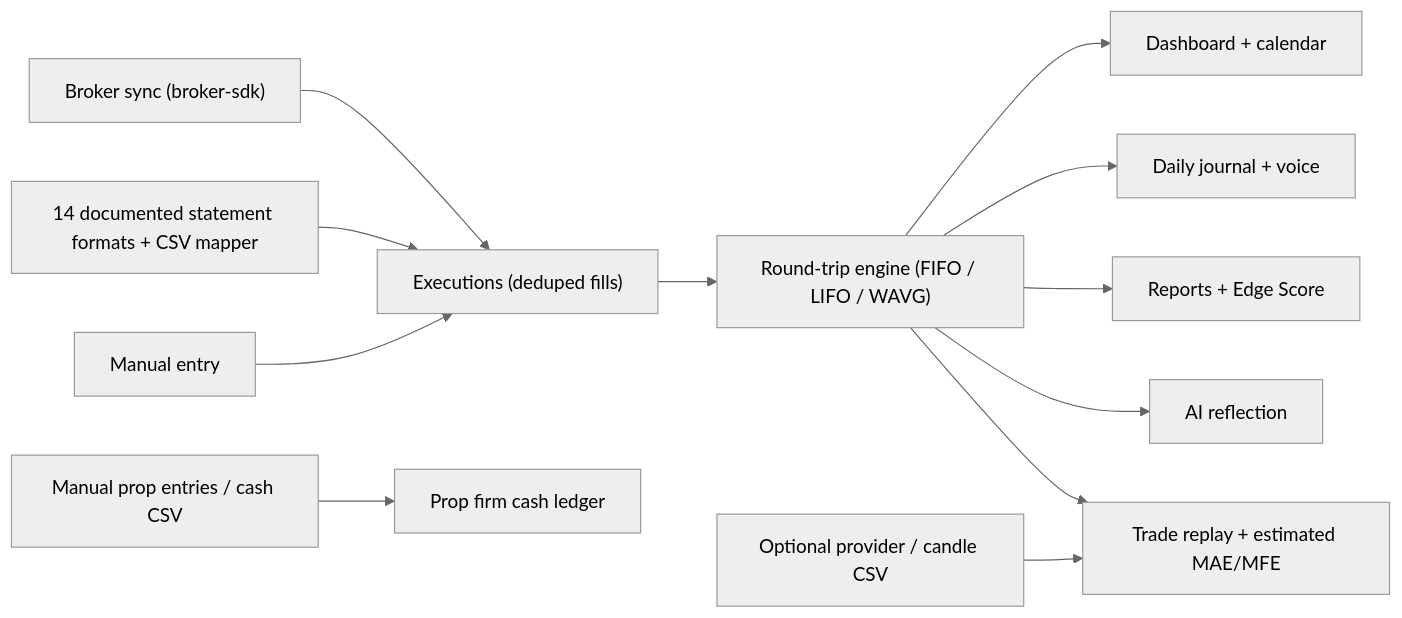
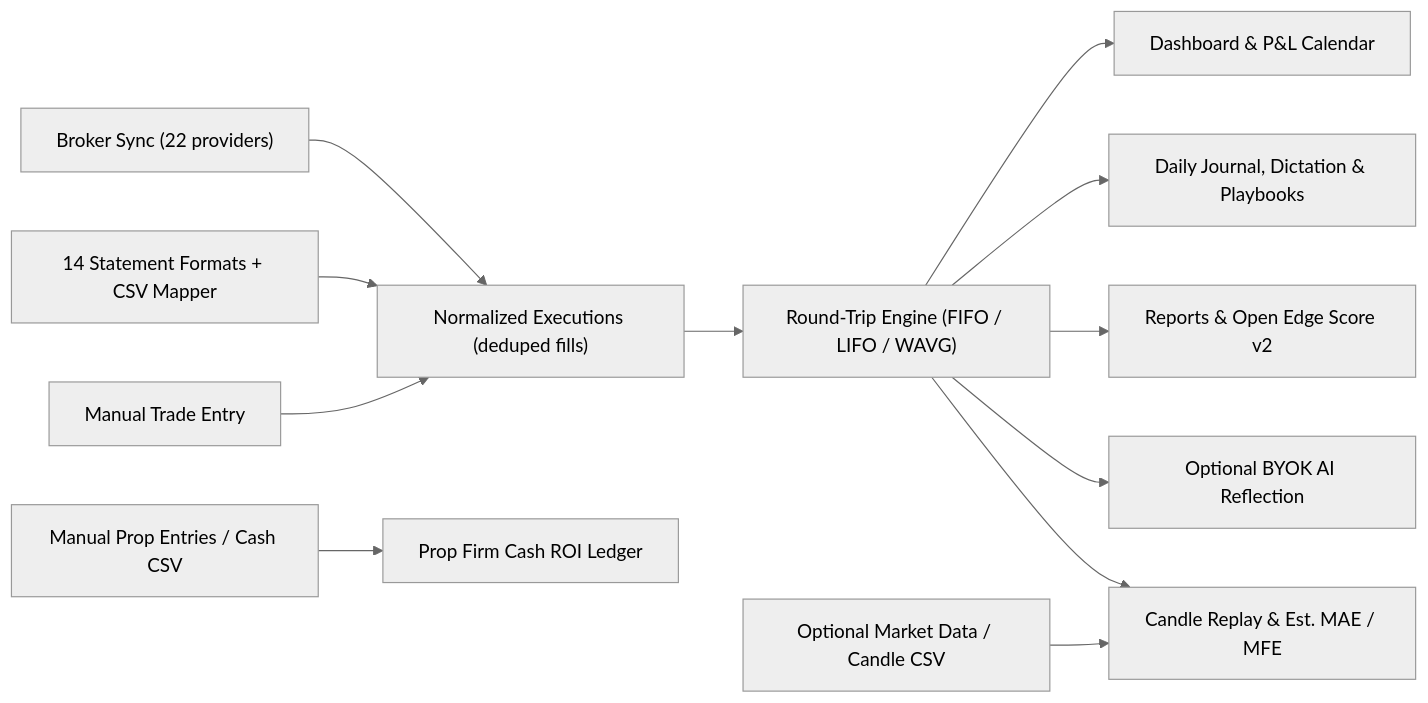
The diagram in README.md (annoris/AI-trading-bauhaus-journal), drawn with Mermaid (neutral theme) before and after one commit. The commit also changed other lines of this file and 46 other files, not shown here.

````diff
--- a/README.md
+++ b/README.md
@@ -159,14 +170,14 @@
 ```mermaid
 flowchart LR
-    BS["Broker sync (broker-sdk)"] --> EX["Executions (deduped fills)"]
-    IM["14 documented statement formats + CSV mapper"] --> EX
-    MN["Manual entry"] --> EX
-    EX --> RT["Round-trip engine (FIFO / LIFO / WAVG)"]
-    RT --> D["Dashboard + calendar"]
-    RT --> J["Daily journal + voice"]
-    RT --> R["Reports + Edge Score"]
-    RT --> AI["AI reflection"]
-    MD["Optional provider / candle CSV"] --> TR["Trade replay + estimated MAE/MFE"]
+    BS["Broker Sync (22 providers)"] --> EX["Normalized Executions (deduped fills)"]
+    IM["14 Statement Formats + CSV Mapper"] --> EX
+    MN["Manual Trade Entry"] --> EX
+    EX --> RT["Round-Trip Engine (FIFO / LIFO / WAVG)"]
+    RT --> D["Dashboard & P&L Calendar"]
+    RT --> J["Daily Journal, Dictation & Playbooks"]
+    RT --> R["Reports & Open Edge Score v2"]
+    RT --> AI["Optional BYOK AI Reflection"]
+    MD["Optional Market Data / Candle CSV"] --> TR["Candle Replay & Est. MAE / MFE"]
     RT --> TR
-    PC["Manual prop entries / cash CSV"] --> PF["Prop firm cash ledger"]
+    PC["Manual Prop Entries / Cash CSV"] --> PF["Prop Firm Cash ROI Ledger"]
 ```
````
